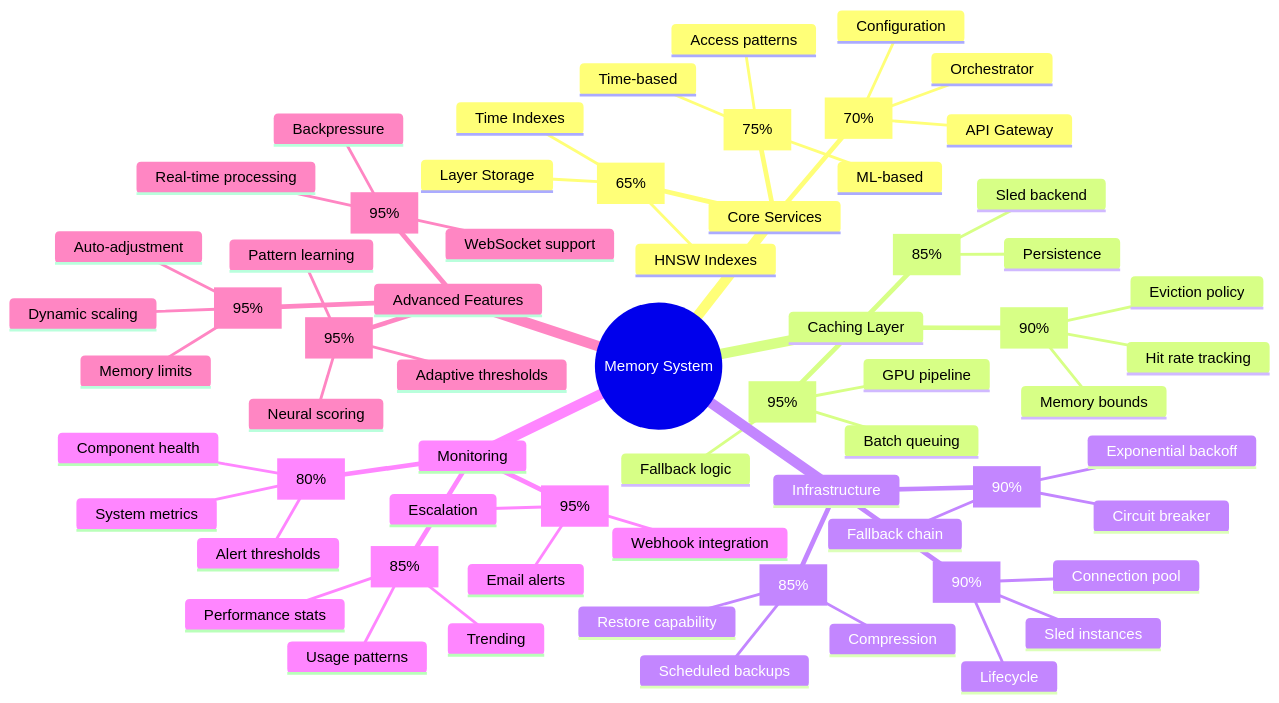
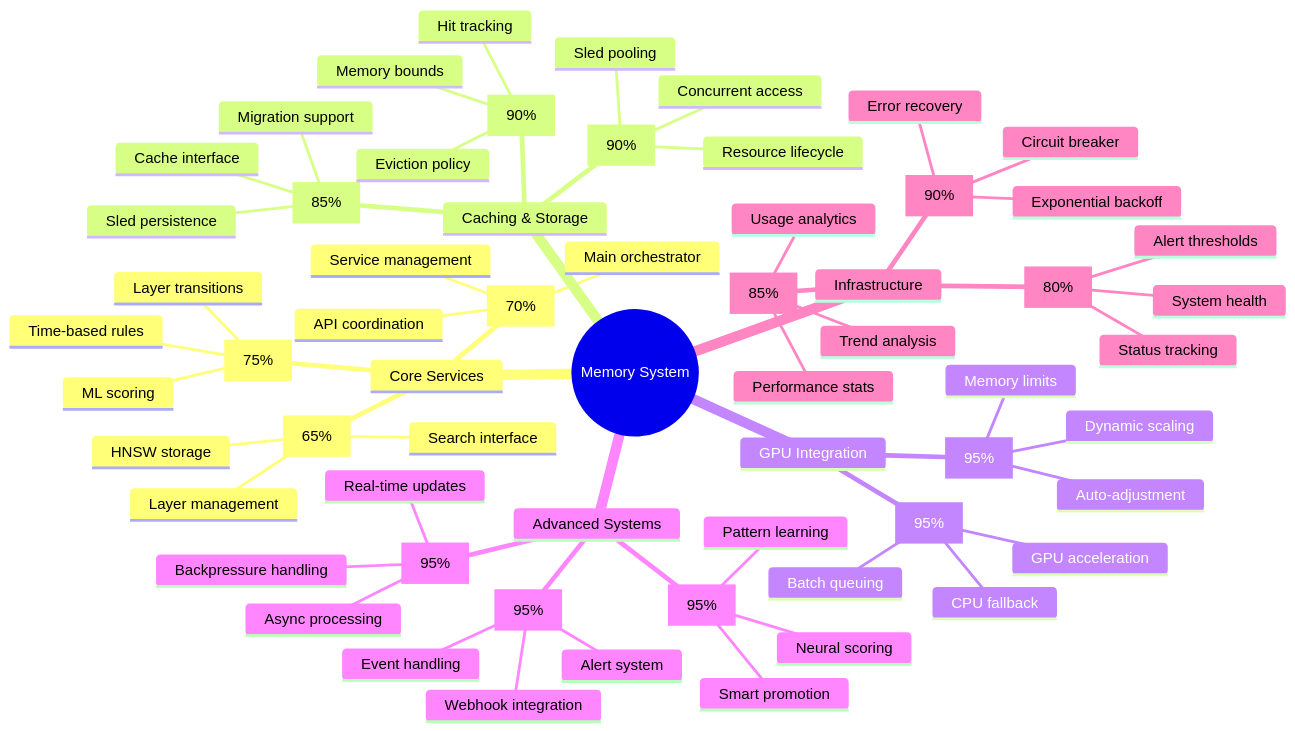
Before and after one commit to iMAGRAY/MAGRAY_Cli: the first of 7 diagrams in docs/obsidian-v2/02_Components/Memory Mind Map - Визуальная карта memory crate.md, drawn with Mermaid. The commit also changed 50 other files, not shown here.

````diff
--- a/docs/obsidian-v2/02_Components/Memory Mind Map - Визуальная карта memory crate.md
+++ b/docs/obsidian-v2/02_Components/Memory Mind Map - Визуальная карта memory crate.md
@@ -9,72 +9,69 @@
 ```mermaid
 mindmap
   root((Memory System))
     Core Services
       MemoryService[70%]
-        Orchestrator
-        Configuration
-        API Gateway
+        Main orchestrator
+        API coordination
+        Service management
       VectorStore[65%]
-        HNSW Indexes
-        Layer Storage
-        Time Indexes
+        HNSW storage
+        Layer management
+        Search interface
       PromotionEngine[75%]
-        Time-based
-        ML-based
-        Access patterns
+        Time-based rules
+        ML scoring
+        Layer transitions
     
-    Caching Layer
+    Caching & Storage
       EmbeddingCache[85%]
-        Sled backend
-        Persistence
+        Sled persistence
+        Cache interface
+        Migration support
       EmbeddingCacheLRU[90%]
         Eviction policy
         Memory bounds
-        Hit rate tracking
+        Hit tracking
+      DatabaseManager[90%]
+        Sled pooling
+        Concurrent access
+        Resource lifecycle
+    
+    GPU Integration
       GpuBatchProcessor[95%]
         Batch queuing
-        GPU pipeline
-        Fallback logic
-    
-    Infrastructure
-      DatabaseManager[90%]
-        Connection pool
-        Sled instances
-        Lifecycle
-      RetryManager[90%]
-        Exponential backoff
-        Circuit breaker
-        Fallback chain
-      BackupManager[85%]
-        Scheduled backups
-        Restore capability
-        Compression
-    
-    Monitoring
-      HealthMonitor[80%]
-        Component health
-        System metrics
-        Alert thresholds
-      MetricsCollector[85%]
-        Performance stats
-        Usage patterns
-        Trending
-      NotificationSystem[95%]
-        Email alerts
-        Webhook integration
-        Escalation
-    
-    Advanced Features
+        GPU acceleration
+        CPU fallback
       ResourceManager[95%]
         Dynamic scaling
         Memory limits
         Auto-adjustment
+    
+    Advanced Systems
       StreamingAPI[95%]
-        Real-time processing
-        WebSocket support
-        Backpressure
+        Real-time updates
+        Async processing
+        Backpressure handling
       MLPromotionEngine[95%]
         Neural scoring
         Pattern learning
-        Adaptive thresholds
+        Smart promotion
+      NotificationSystem[95%]
+        Alert system
+        Webhook integration
+        Event handling
+    
+    Infrastructure
+      HealthMonitor[80%]
+        System health
+        Alert thresholds
+        Status tracking
+      MetricsCollector[85%]
+        Performance stats
+        Usage analytics
+        Trend analysis
+      RetryManager[90%]
+        Exponential backoff
+        Circuit breaker
+        Error recovery
 ```
````
